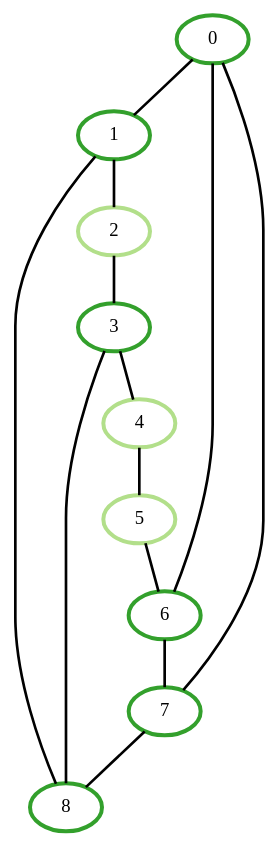
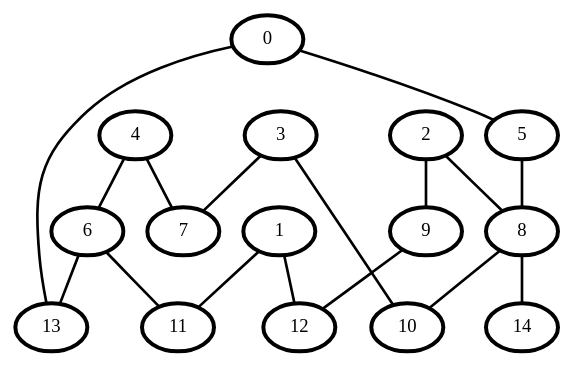
The diagram in GI/Results/colorful_2.dot (RobvEmous/Mod7Group2), drawn with Graphviz before and after one commit. The commit also changed 7 other files, not shown here.

```diff
--- a/GI/Results/colorful_2.dot
+++ b/GI/Results/colorful_2.dot
@@ -1,24 +1,34 @@
 graph G {
-    0 [penwidth=3,color=4, colorscheme=paired12]
-    1 [penwidth=3,color=4, colorscheme=paired12]
-    2 [penwidth=3,color=3, colorscheme=paired12]
-    3 [penwidth=3,color=4, colorscheme=paired12]
-    4 [penwidth=3,color=3, colorscheme=paired12]
-    5 [penwidth=3,color=3, colorscheme=paired12]
-    6 [penwidth=3,color=4, colorscheme=paired12]
-    7 [penwidth=3,color=4, colorscheme=paired12]
-    8 [penwidth=3,color=4, colorscheme=paired12]
+    0 [penwidth=3]
+    1 [penwidth=3]
+    2 [penwidth=3]
+    3 [penwidth=3]
+    4 [penwidth=3]
+    5 [penwidth=3]
+    6 [penwidth=3]
+    7 [penwidth=3]
+    8 [penwidth=3]
+    9 [penwidth=3]
+    10 [penwidth=3]
+    11 [penwidth=3]
+    12 [penwidth=3]
+    13 [penwidth=3]
+    14 [penwidth=3]
 
-    0--7 [penwidth=2]
-    6--7 [penwidth=2]
-    1--8 [penwidth=2]
-    3--8 [penwidth=2]
-    7--8 [penwidth=2]
-    0--1 [penwidth=2]
-    1--2 [penwidth=2]
-    2--3 [penwidth=2]
-    3--4 [penwidth=2]
-    4--5 [penwidth=2]
-    5--6 [penwidth=2]
-    0--6 [penwidth=2]
+    0--13 [penwidth=2]
+    3--10 [penwidth=2]
+    4--7 [penwidth=2]
+    3--7 [penwidth=2]
+    9--12 [penwidth=2]
+    8--14 [penwidth=2]
+    2--8 [penwidth=2]
+    1--11 [penwidth=2]
+    0--5 [penwidth=2]
+    6--11 [penwidth=2]
+    1--12 [penwidth=2]
+    2--9 [penwidth=2]
+    8--10 [penwidth=2]
+    5--8 [penwidth=2]
+    6--13 [penwidth=2]
+    4--6 [penwidth=2]
 }
```
